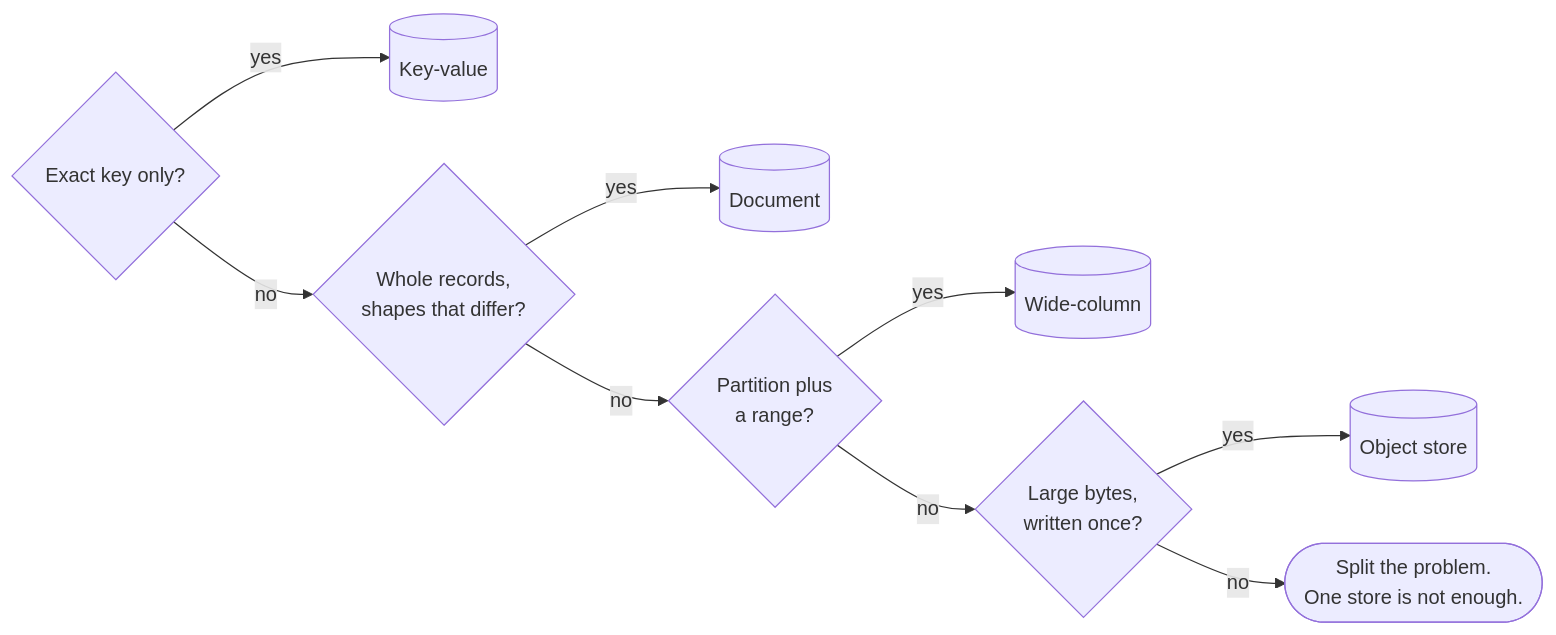
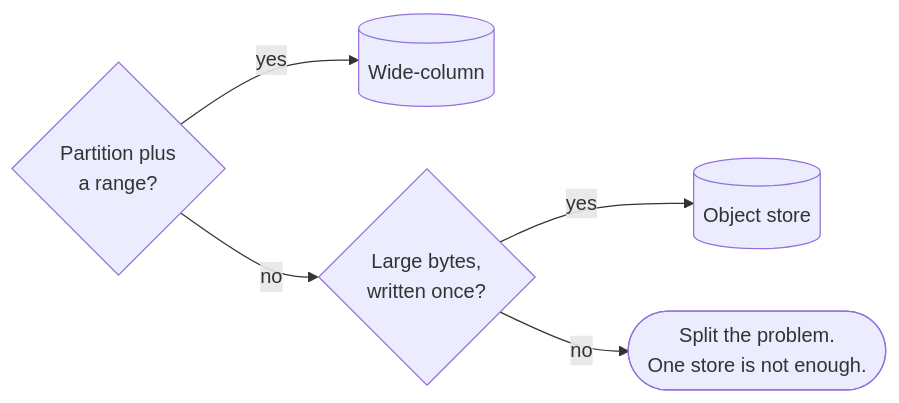
Before and after one commit to Laticent/lattice: the ninth of 32 diagrams in examples/system-design-foundations.md, drawn with Mermaid. The commit also changed other lines of this file and 2 other files, not shown here.

````diff
--- a/examples/system-design-foundations.md
+++ b/examples/system-design-foundations.md
@@ -1070,11 +1096,7 @@
 ```mermaid
 flowchart LR
-  Q2{"Exact key only?"} -->|"yes"| KV[("Key-value")]
-  Q2 -->|"no"| Q2B{"Whole records,<br/>shapes that differ?"}
-  Q2B -->|"yes"| DOC[("Document")]
-  Q2B -->|"no"| Q3{"Partition plus<br/>a range?"}
-  Q3 -->|"yes"| WC[("Wide-column")]
+  Q3{"Partition plus<br/>a range?"} -->|"yes"| WC[("Wide-column")]
   Q3 -->|"no"| Q4{"Large bytes,<br/>written once?"}
   Q4 -->|"yes"| OS[("Object store")]
   Q4 -->|"no"| SPLIT(["Split the problem.<br/>One store is not enough."])
 ```
````
